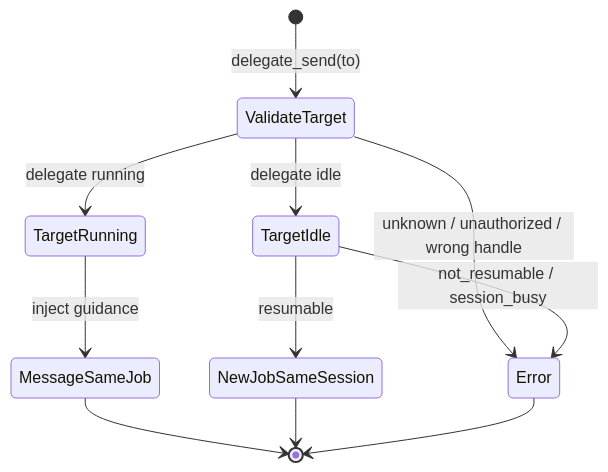
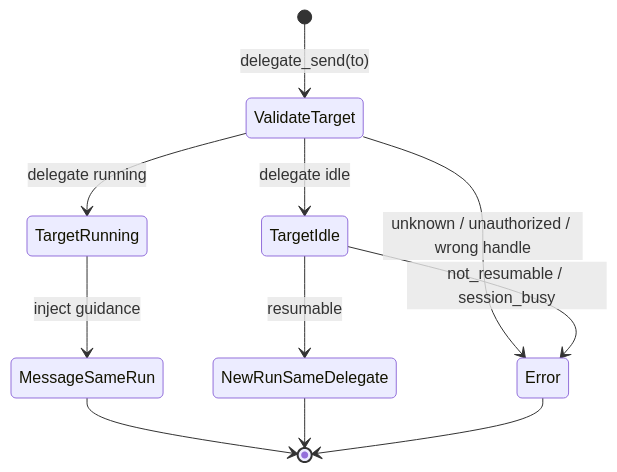
Before and after one commit to prime-radiant-inc/evener: the second of 7 diagrams in docs/job-control.md, drawn with Mermaid. The commit also changed other lines of this file and 18 other files, not shown here.

````diff
--- a/docs/job-control.md
+++ b/docs/job-control.md
@@ -431,13 +471,13 @@
 ```mermaid
 stateDiagram-v2
     [*] --> ValidateTarget: delegate_send(to)
     ValidateTarget --> Error: unknown / unauthorized / wrong handle
     ValidateTarget --> TargetRunning: delegate running
     ValidateTarget --> TargetIdle: delegate idle
-    TargetRunning --> MessageSameJob: inject guidance
-    TargetIdle --> NewJobSameSession: resumable
+    TargetRunning --> MessageSameRun: inject guidance
+    TargetIdle --> NewRunSameDelegate: resumable
     TargetIdle --> Error: not_resumable / session_busy
-    MessageSameJob --> [*]
-    NewJobSameSession --> [*]
+    MessageSameRun --> [*]
+    NewRunSameDelegate --> [*]
     Error --> [*]
 ```
````
